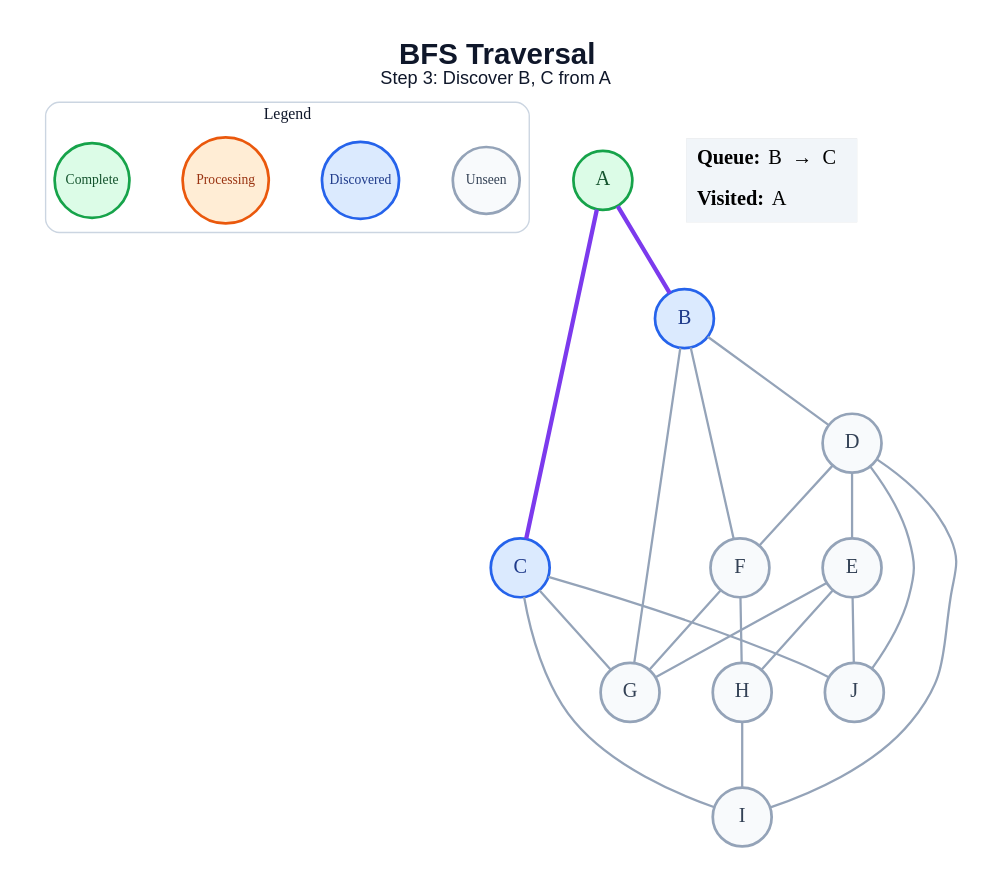
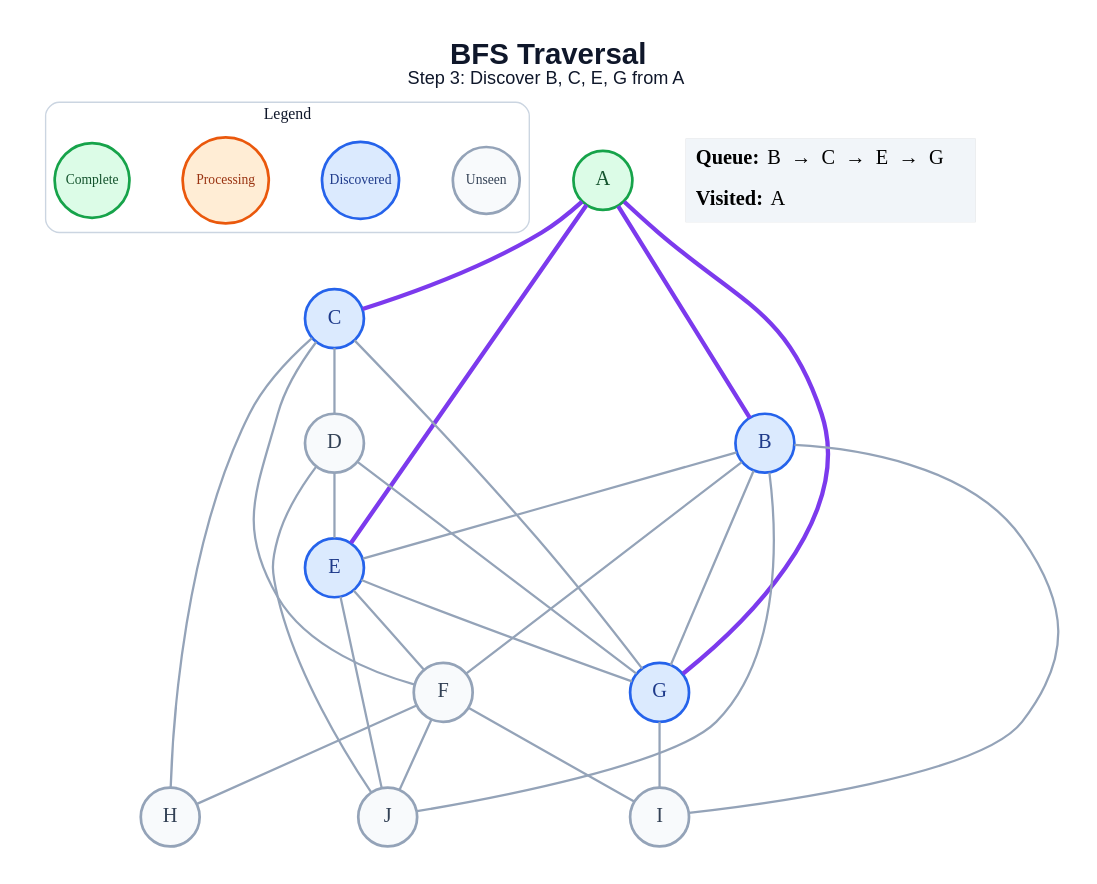
The diagram in generated/bfs/step_03.dot (amanghodawala9/ai-slop), drawn with Graphviz before and after one commit. The commit also changed 178 other files, not shown here.

```diff
--- a/generated/bfs/step_03.dot
+++ b/generated/bfs/step_03.dot
@@ -1,47 +1,52 @@
 graph traversal {
   graph [layout=dot, rankdir=TB, bgcolor="#FFFFFF", pad="0.35", nodesep="0.65", ranksep="0.8", fontname="Arial"];
   node [shape=circle, style="filled", fontname="Arial Bold", fontsize=18, width=0.72, fixedsize=true, penwidth=2.4];
   edge [color="#94A3B8", penwidth=2.0];
-  label=<<B>BFS Traversal</B><BR/><FONT POINT-SIZE="16">Step 3: Discover B, C from A</FONT>>; labelloc="t"; fontsize=26; fontname="Arial"; fontcolor="#0F172A";
+  label=<<B>BFS Traversal</B><BR/><FONT POINT-SIZE="16">Step 3: Discover B, C, E, G from A</FONT>>; labelloc="t"; fontsize=26; fontname="Arial"; fontcolor="#0F172A";
   subgraph cluster_legend { label="Legend"; color="#CBD5E1"; penwidth=1.2; style="rounded"; fontsize=14; fontname="Arial Bold";
     key_unseen [label="Unseen", fillcolor="#F8FAFC", color="#94A3B8", fontcolor="#334155", fontsize=12, width=0.82];
     key_frontier [label="Discovered", fillcolor="#DBEAFE", color="#2563EB", fontcolor="#1E3A8A", fontsize=12, width=0.95];
     key_current [label="Processing", fillcolor="#FFEDD5", color="#EA580C", fontcolor="#9A3412", fontsize=12, width=1.05];
     key_done [label="Complete", fillcolor="#DCFCE7", color="#16A34A", fontcolor="#14532D", fontsize=12, width=0.92];
     { rank=same; key_unseen; key_frontier; key_current; key_done; }
   }
   A [fillcolor="#DCFCE7", color="#16A34A", fontcolor="#14532D"];
   B [fillcolor="#DBEAFE", color="#2563EB", fontcolor="#1E3A8A"];
   C [fillcolor="#DBEAFE", color="#2563EB", fontcolor="#1E3A8A"];
   D [fillcolor="#F8FAFC", color="#94A3B8", fontcolor="#334155"];
-  E [fillcolor="#F8FAFC", color="#94A3B8", fontcolor="#334155"];
+  E [fillcolor="#DBEAFE", color="#2563EB", fontcolor="#1E3A8A"];
   F [fillcolor="#F8FAFC", color="#94A3B8", fontcolor="#334155"];
-  G [fillcolor="#F8FAFC", color="#94A3B8", fontcolor="#334155"];
+  G [fillcolor="#DBEAFE", color="#2563EB", fontcolor="#1E3A8A"];
   H [fillcolor="#F8FAFC", color="#94A3B8", fontcolor="#334155"];
   I [fillcolor="#F8FAFC", color="#94A3B8", fontcolor="#334155"];
   J [fillcolor="#F8FAFC", color="#94A3B8", fontcolor="#334155"];
   A -- B [color="#7C3AED", penwidth=3.8];
   A -- C [color="#7C3AED", penwidth=3.8];
-  B -- D;
+  A -- E [color="#7C3AED", penwidth=3.8];
+  A -- G [color="#7C3AED", penwidth=3.8];
+  B -- E;
   B -- F;
   B -- G;
+  B -- I;
+  B -- J;
+  C -- D;
+  C -- F;
   C -- G;
-  C -- I;
-  C -- J;
+  C -- H;
   D -- E;
-  D -- F;
-  D -- I;
+  D -- G;
   D -- J;
+  E -- F;
   E -- G;
-  E -- H;
   E -- J;
-  F -- G;
   F -- H;
-  H -- I;
+  F -- I;
+  F -- J;
+  G -- I;
   status [shape=plain, fixedsize=false, width=0, height=0, margin=0, label=<
     <TABLE BORDER="0" CELLBORDER="0" CELLPADDING="7" BGCOLOR="#F1F5F9">
-      <TR><TD ALIGN="LEFT"><B>Queue:</B> B  →  C</TD></TR>
+      <TR><TD ALIGN="LEFT"><B>Queue:</B> B  →  C  →  E  →  G</TD></TR>
       <TR><TD ALIGN="LEFT"><B>Visited:</B> A</TD></TR>
     </TABLE>
   >];
 }
```
